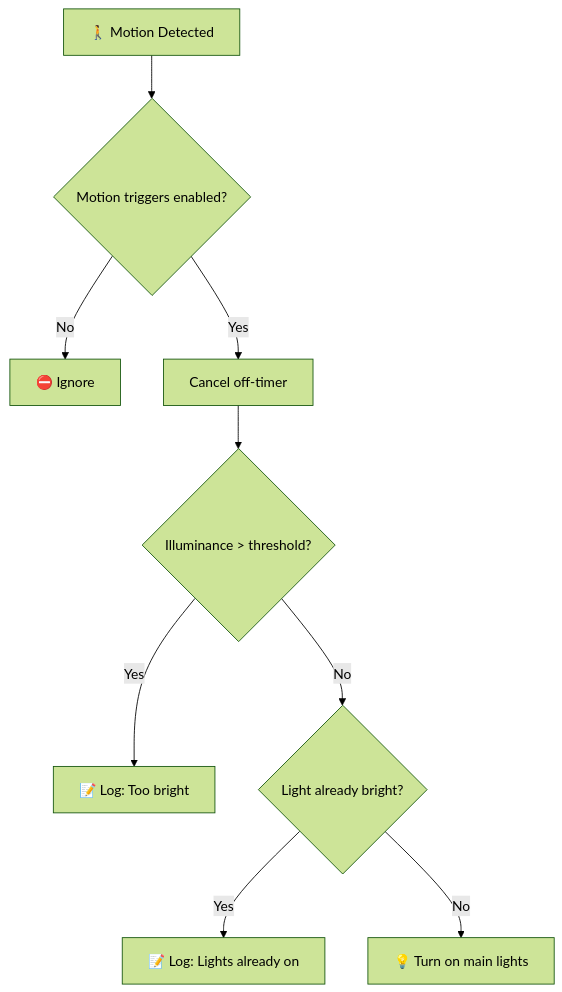
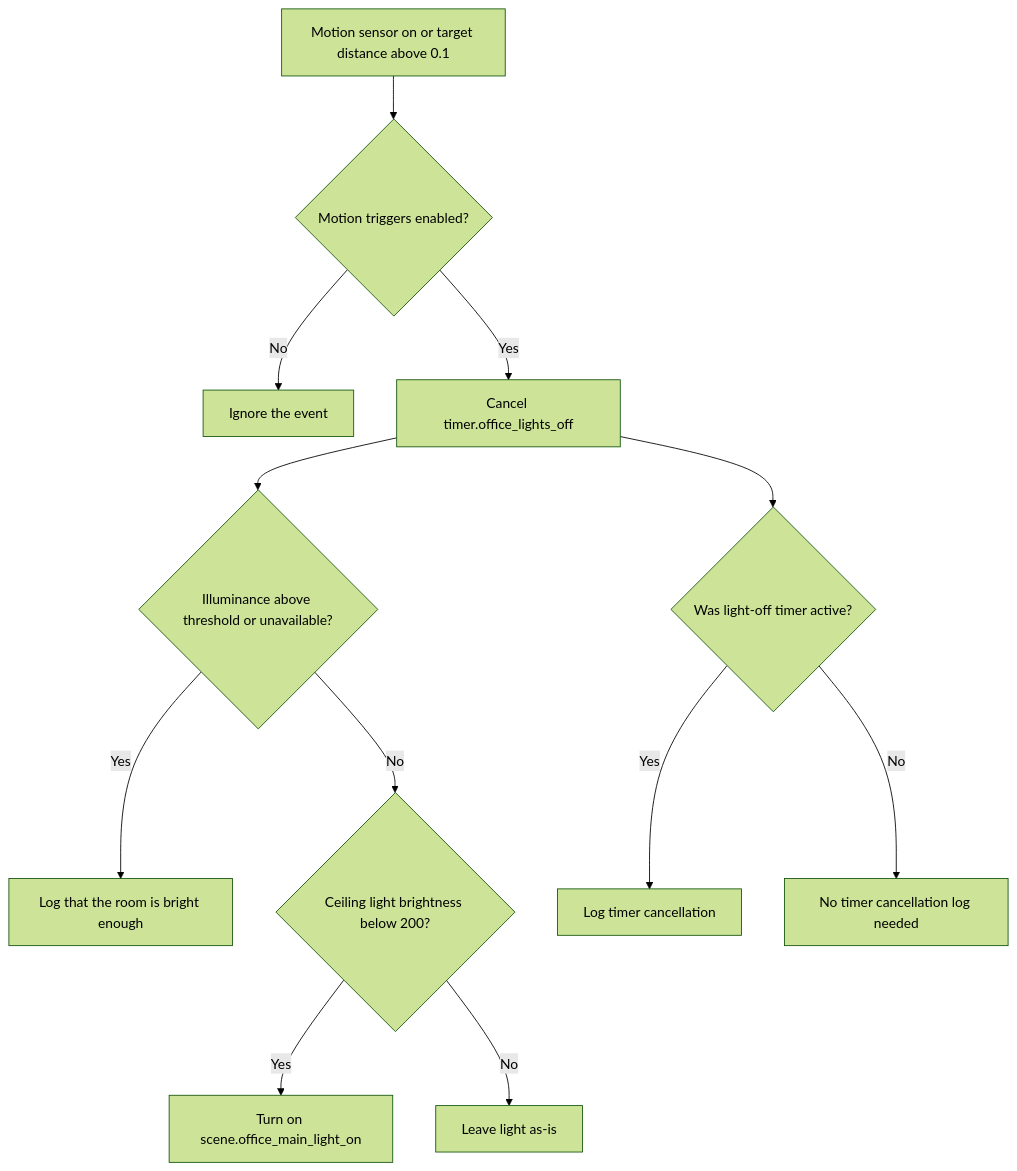
One commit to dannytsang/homeassistant-config changed the third of 12 diagrams in packages/rooms/office/README.md. Above: the diagram before and after it, drawn with Mermaid (forest theme). The commit also changed other lines of this file and 1 other file, not shown here.

Commit message:
Documentation update for Office package.

````diff
--- a/packages/rooms/office/README.md
+++ b/packages/rooms/office/README.md
@@ -148,11 +110,14 @@
 ```mermaid
 flowchart TD
-    A["🚶 Motion Detected"] --> B{"Motion triggers enabled?"}
-    B -->|No| Z["⛔ Ignore"]
-    B -->|Yes| C["Cancel off-timer"]
-    C --> D{"Illuminance > threshold?"}
-    D -->|Yes| E["📝 Log: Too bright"]
-    D -->|No| F{"Light already bright?"}
-    F -->|Yes| G["📝 Log: Lights already on"]
-    F -->|No| H["💡 Turn on main lights"]
+    MotionStart[Motion sensor on or target distance above 0.1] --> Enabled{Motion triggers enabled?}
+    Enabled -->|No| Stop[Ignore the event]
+    Enabled -->|Yes| CancelTimer[Cancel timer.office_lights_off]
+    CancelTimer --> BrightEnough{Illuminance above threshold or unavailable?}
+    BrightEnough -->|Yes| BrightLog[Log that the room is bright enough]
+    BrightEnough -->|No| LightDim{Ceiling light brightness below 200?}
+    LightDim -->|Yes| MainOn[Turn on scene.office_main_light_on]
+    LightDim -->|No| NoChange[Leave light as-is]
+    CancelTimer --> TimerActive{Was light-off timer active?}
+    TimerActive -->|Yes| TimerLog[Log timer cancellation]
+    TimerActive -->|No| NoTimerLog[No timer cancellation log needed]
 ```
````
